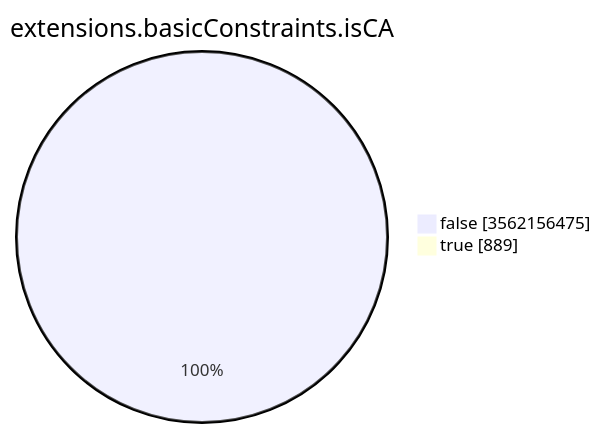
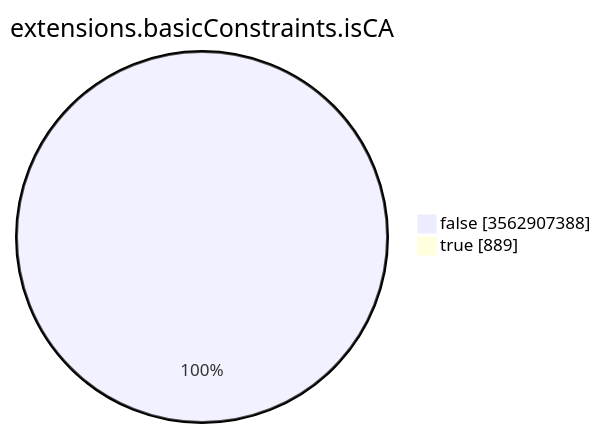
One commit to christiankrug/ctmonitor_visualization changed the seventh of 15 diagrams in TOTAL/README.md. Above: the diagram before and after it, drawn with Mermaid. The commit also changed other lines of this file, not shown here.

````diff
--- a/TOTAL/README.md
+++ b/TOTAL/README.md
@@ -3094,6 +3094,6 @@
 ```mermaid
 pie showData
 title extensions.basicConstraints.isCA
-"false" :3562156475
+"false" :3562907388
 "true" :889
 ```
````
